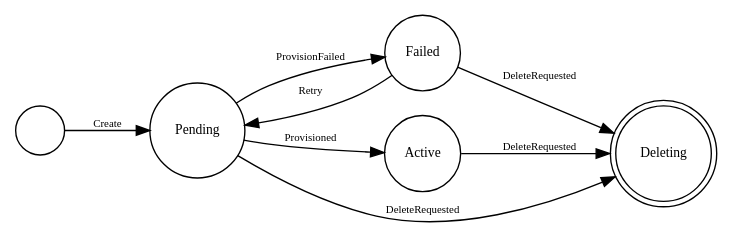
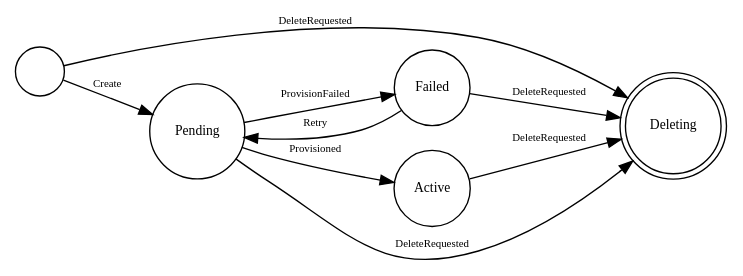
One commit to getloopscale/loop-runtime changed the diagram in docs/state-machines/environment.dot. Above: the diagram before and after it, drawn with Graphviz.

Commit message:
fix(statemachine): regenerate stale environment DOT for the Empty→Deleting edge
The t31 fix (9aab9c41) added the additive state-machine edge
Empty --DeleteRequested--> Deleting but did not regenerate the committed DOT
diagram. TestCommittedDotsAreCurrent (pkg/statemachine/cmd/gen-dots) caught the
drift — missed because the t31 gate ran `go test ./pkg/statemachine/` (the
package) not `./pkg/statemachine/...` (which includes the gen-dots cmd). Ran
`go generate ./statemachine/...`; only environment.dot changed.
(MEET-2026-07-02-002 follow-up)

```diff
--- a/docs/state-machines/environment.dot
+++ b/docs/state-machines/environment.dot
@@ -1,19 +1,20 @@
 digraph Environment {
 	rankdir=LR;
 	node [shape=circle, fontsize=10];
 	edge [fontsize=8];
 
 	"" [shape=circle];
 	"Active" [shape=circle];
 	"Deleting" [shape=doublecircle];
 	"Failed" [shape=circle];
 	"Pending" [shape=circle];
 
 	"" -> "Pending" [label="Create"];
+	"" -> "Deleting" [label="DeleteRequested"];
 	"Active" -> "Deleting" [label="DeleteRequested"];
 	"Failed" -> "Deleting" [label="DeleteRequested"];
 	"Failed" -> "Pending" [label="Retry"];
 	"Pending" -> "Deleting" [label="DeleteRequested"];
 	"Pending" -> "Failed" [label="ProvisionFailed"];
 	"Pending" -> "Active" [label="Provisioned"];
 }
```
